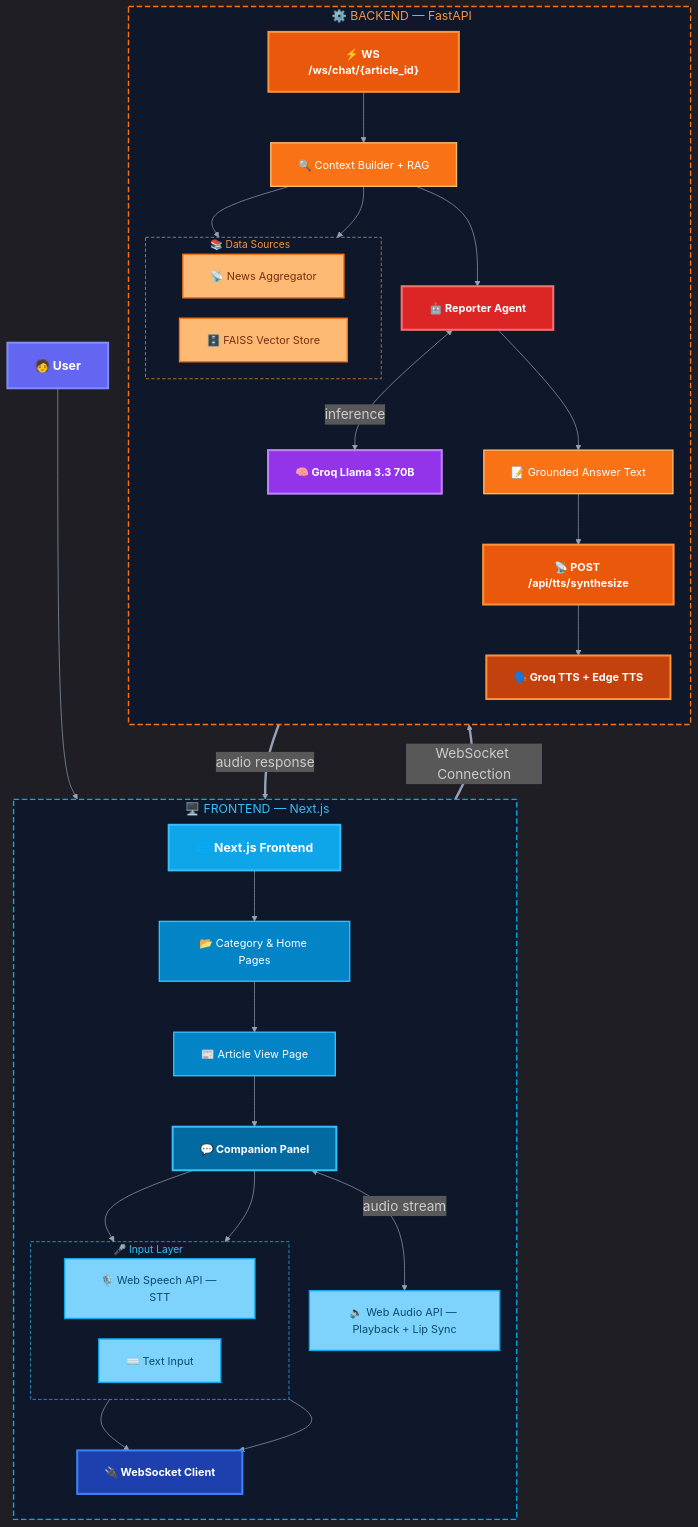
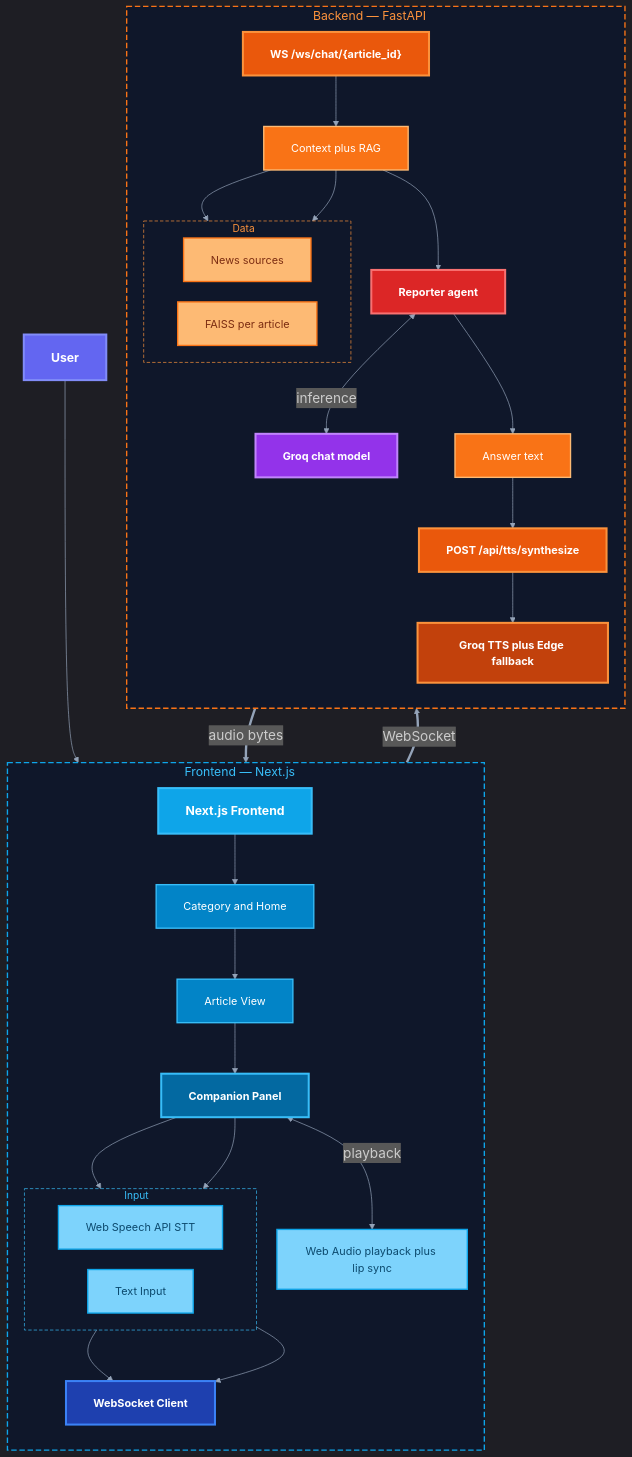
Before and after one commit to Mohan-this-side/NewsBuddy-AI: the diagram in README.md, drawn with Mermaid. The commit also changed other lines of this file and 7 other files, not shown here.

````diff
--- a/README.md
+++ b/README.md
@@ -19,71 +43,71 @@
 ```mermaid
 %%{init: {'theme': 'dark', 'themeVariables': {'fontSize': '20px', 'fontFamily': 'arial', 'lineColor': '#94a3b8', 'primaryColor': '#1e293b', 'primaryTextColor': '#f8fafc', 'primaryBorderColor': '#475569', 'secondaryColor': '#0f172a', 'tertiaryColor': '#1e293b', 'nodeTextSize': '18px'}, 'flowchart': {'curve': 'basis', 'padding': 20, 'nodeSpacing': 30, 'rankSpacing': 50, 'htmlLabels': true, 'wrappingWidth': 200}}}%%
 
 flowchart TB
-    U["🧑 User"]:::userStyle --> FE["🌐 Next.js Frontend"]:::feStyle
+    U["User"]:::userStyle --> FE["Next.js Frontend"]:::feStyle
 
-    subgraph Frontend["🖥️ FRONTEND — Next.js"]
+    subgraph Frontend["Frontend — Next.js"]
         direction TB
-        FE --> CAT["📂 Category & Home Pages"]:::feNode
-        CAT --> ART["📰 Article View Page"]:::feNode
-        ART --> COMP["💬 Companion Panel"]:::compStyle
+        FE --> CAT["Category and Home"]:::feNode
+        CAT --> ART["Article View"]:::feNode
+        ART --> COMP["Companion Panel"]:::compStyle
 
-        subgraph InputLayer["🎤 Input Layer"]
+        subgraph InputLayer["Input"]
             direction LR
-            STT["🎙️ Web Speech API — STT"]:::inputNode
-            TXT["⌨️ Text Input"]:::inputNode
+            STT["Web Speech API STT"]:::inputNode
+            TXT["Text Input"]:::inputNode
         end
 
         COMP --> STT
         COMP --> TXT
 
-        STT --> WS_CLIENT["🔌 WebSocket Client"]:::wsStyle
+        STT --> WS_CLIENT["WebSocket Client"]:::wsStyle
         TXT --> WS_CLIENT
 
-        COMP <-->|"audio stream"| AUDIO["🔈 Web Audio API — Playback + Lip Sync"]:::audioNode
+        COMP <-->|"playback"| AUDIO["Web Audio playback plus lip sync"]:::audioNode
     end
 
-    WS_CLIENT ==>|"WebSocket Connection"| WS_API
+    WS_CLIENT ==>|"WebSocket"| WS_API
 
-    subgraph Backend["⚙️ BACKEND — FastAPI"]
+    subgraph Backend["Backend — FastAPI"]
         direction TB
-        WS_API["⚡ WS /ws/chat/{article_id}"]:::apiStyle --> CTX["🔍 Context Builder + RAG"]:::beNode
+        WS_API["WS /ws/chat/{article_id}"]:::apiStyle --> CTX["Context plus RAG"]:::beNode
 
-        subgraph DataSources["📚 Data Sources"]
+        subgraph DataSources["Data"]
             direction LR
-            NEWS["📡 News Aggregator"]:::dataNode
-            VEC["🗄️ FAISS Vector Store"]:::dataNode
+            NEWS["News sources"]:::dataNode
+            VEC["FAISS per article"]:::dataNode
         end
 
         CTX --> NEWS
         CTX --> VEC
-        CTX --> AGENT["🤖 Reporter Agent"]:::agentStyle
+        CTX --> AGENT["Reporter agent"]:::agentStyle
 
-        AGENT <-->|"inference"| LLM["🧠 Groq Llama 3.3 70B"]:::llmStyle
+        AGENT <-->|"inference"| LLM["Groq chat model"]:::llmStyle
 
-        AGENT --> RESP["📝 Grounded Answer Text"]:::beNode
-        RESP --> TTS_API["📡 POST /api/tts/synthesize"]:::apiStyle
-        TTS_API --> TTS["🗣️ Groq TTS + Edge TTS"]:::ttsStyle
+        AGENT --> RESP["Answer text"]:::beNode
+        RESP --> TTS_API["POST /api/tts/synthesize"]:::apiStyle
+        TTS_API --> TTS["Groq TTS plus Edge fallback"]:::ttsStyle
     end
 
-    TTS ==>|"audio response"| AUDIO
+    TTS ==>|"audio bytes"| AUDIO
 
     classDef userStyle fill:#6366f1,stroke:#818cf8,stroke-width:3px,color:#fff,font-size:18px,font-weight:bold
     classDef feStyle fill:#0ea5e9,stroke:#38bdf8,stroke-width:3px,color:#fff,font-size:18px,font-weight:bold
     classDef feNode fill:#0284c7,stroke:#38bdf8,stroke-width:2px,color:#fff,font-size:16px
     classDef compStyle fill:#0369a1,stroke:#38bdf8,stroke-width:3px,color:#fff,font-size:16px,font-weight:bold
     classDef inputNode fill:#7dd3fc,stroke:#0ea5e9,stroke-width:2px,color:#0c4a6e,font-size:16px
     classDef wsStyle fill:#1e40af,stroke:#3b82f6,stroke-width:3px,color:#fff,font-size:16px,font-weight:bold
     classDef audioNode fill:#7dd3fc,stroke:#0ea5e9,stroke-width:2px,color:#0c4a6e,font-size:16px
     classDef apiStyle fill:#ea580c,stroke:#fb923c,stroke-width:3px,color:#fff,font-size:16px,font-weight:bold
     classDef beNode fill:#f97316,stroke:#fdba74,stroke-width:2px,color:#fff,font-size:16px
     classDef dataNode fill:#fdba74,stroke:#f97316,stroke-width:2px,color:#7c2d12,font-size:16px
     classDef agentStyle fill:#dc2626,stroke:#f87171,stroke-width:3px,color:#fff,font-size:16px,font-weight:bold
     classDef llmStyle fill:#9333ea,stroke:#c084fc,stroke-width:3px,color:#fff,font-size:16px,font-weight:bold
     classDef ttsStyle fill:#c2410c,stroke:#fb923c,stroke-width:3px,color:#fff,font-size:16px,font-weight:bold
 
     style Frontend fill:#0f172a,stroke:#0ea5e9,stroke-width:2px,stroke-dasharray:8 4,color:#38bdf8,font-size:18px
     style Backend fill:#0f172a,stroke:#f97316,stroke-width:2px,stroke-dasharray:8 4,color:#fb923c,font-size:18px
     style InputLayer fill:transparent,stroke:#38bdf8,stroke-width:1px,stroke-dasharray:5 3,color:#38bdf8,font-size:15px
     style DataSources fill:transparent,stroke:#fb923c,stroke-width:1px,stroke-dasharray:5 3,color:#fb923c,font-size:15px
 ```
````
